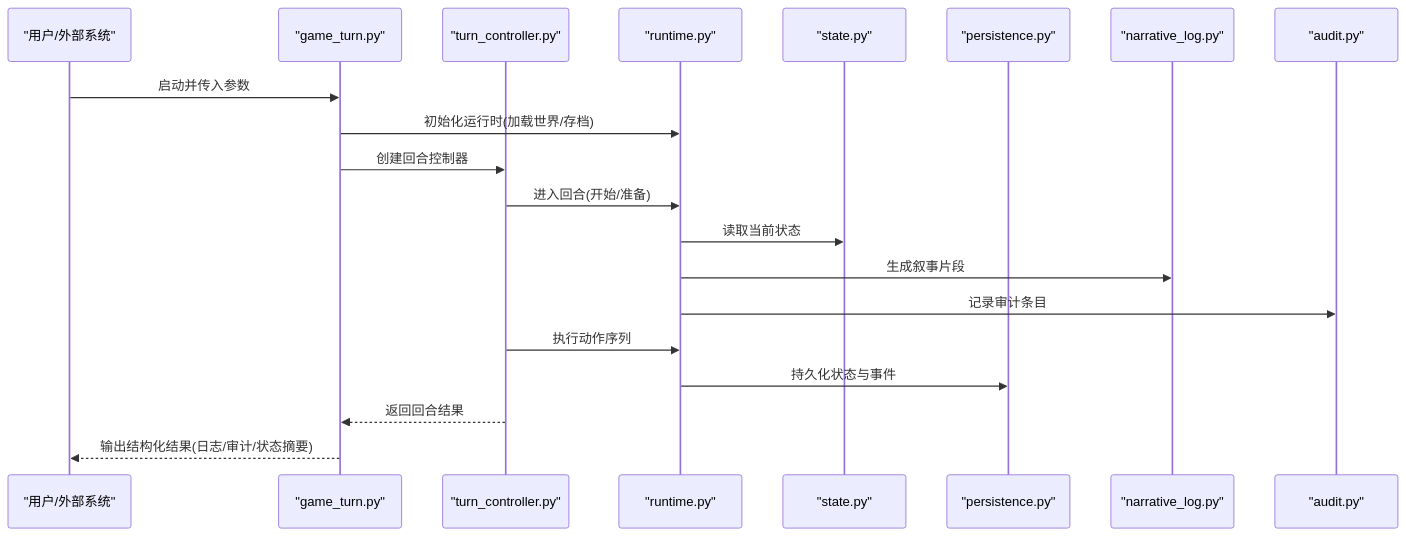
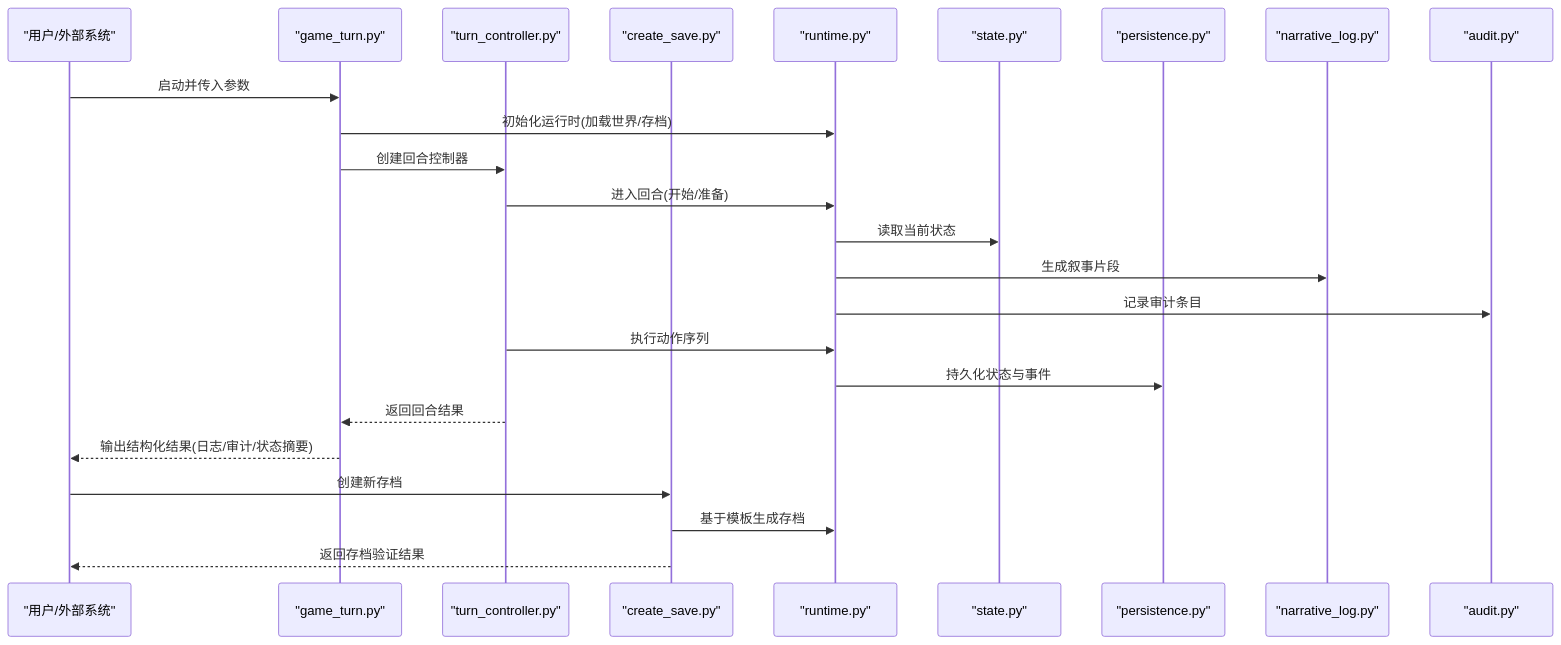
The second of 7 diagrams in .qoder/repowiki/zh/content/工具集/游戏控制工具.md (Ivandanslespace/thegreatnovel), drawn with Mermaid before and after one commit. The commit also changed other lines of this file and 264 other files, not shown here.

````diff
--- a/.qoder/repowiki/zh/content/工具集/游戏控制工具.md
+++ b/.qoder/repowiki/zh/content/工具集/游戏控制工具.md
@@ -121,22 +135,26 @@
 ```mermaid
 sequenceDiagram
 participant U as "用户/外部系统"
 participant GT as "game_turn.py"
 participant TC as "turn_controller.py"
+participant CS as "create_save.py"
 participant RT as "runtime.py"
 participant ST as "state.py"
 participant PS as "persistence.py"
 participant NL as "narrative_log.py"
 participant AU as "audit.py"
 U->>GT : 启动并传入参数
 GT->>RT : 初始化运行时(加载世界/存档)
 GT->>TC : 创建回合控制器
 TC->>RT : 进入回合(开始/准备)
 RT->>ST : 读取当前状态
 RT->>NL : 生成叙事片段
 RT->>AU : 记录审计条目
 TC->>RT : 执行动作序列
 RT->>PS : 持久化状态与事件
 TC-->>GT : 返回回合结果
 GT-->>U : 输出结构化结果(日志/审计/状态摘要)
+U->>CS : 创建新存档
+CS->>RT : 基于模板生成存档
+CS-->>U : 返回存档验证结果
 ```
````
